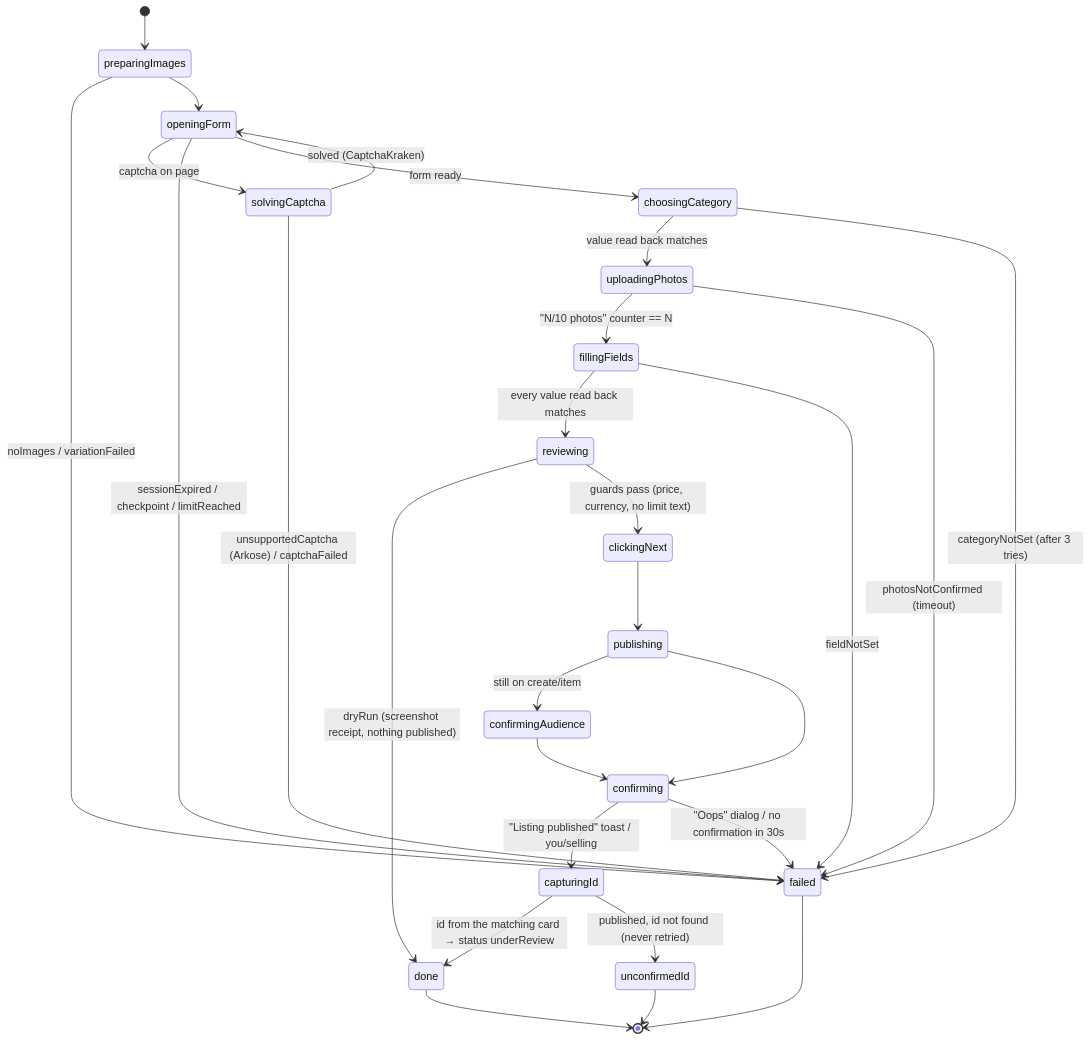
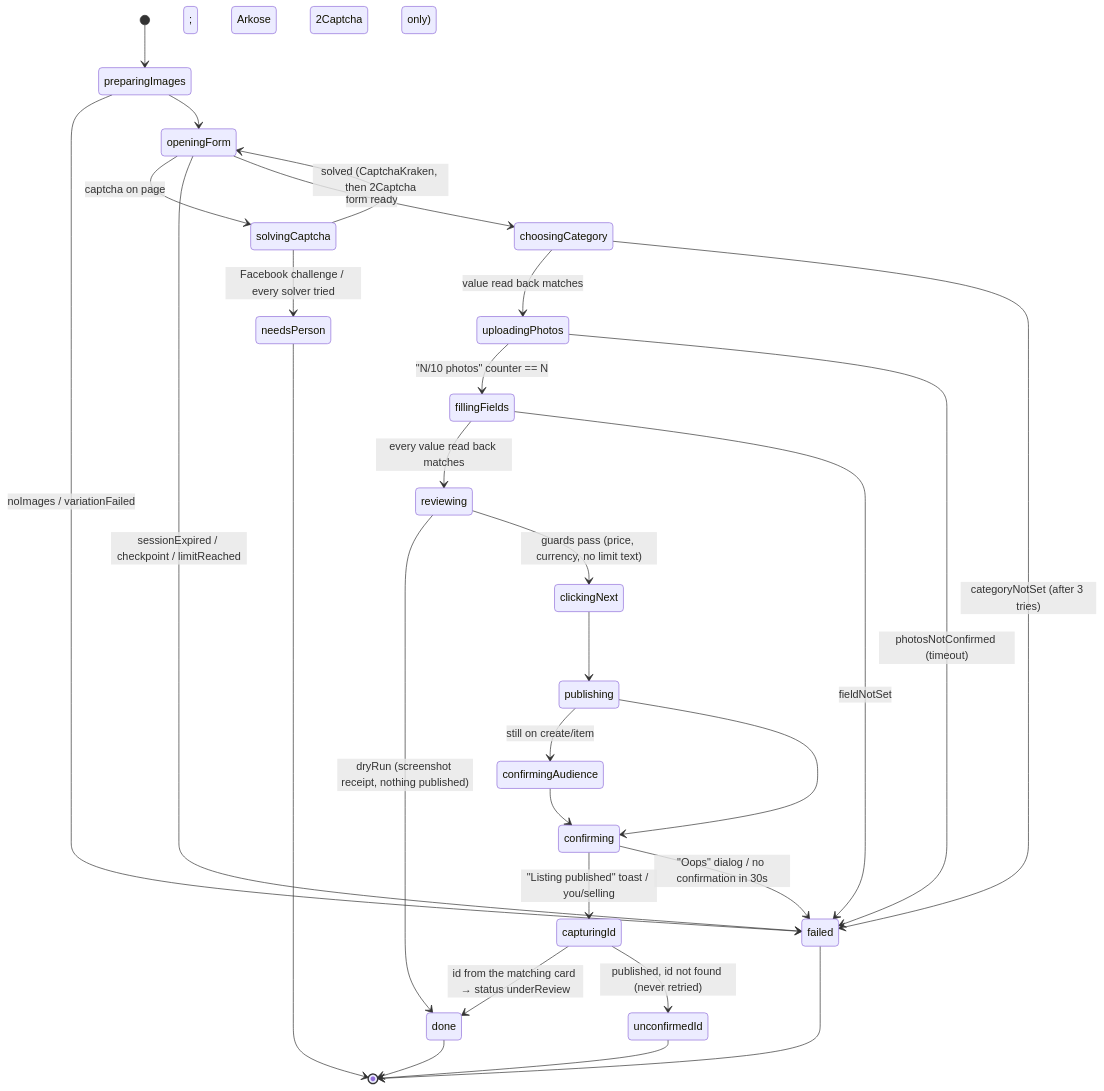
The third of 3 diagrams in docs/listingPublish/stateMachine.md (matthewdonsemail-lab/log), drawn with Mermaid before and after one commit. The commit also changed other lines of this file and 110 other files, not shown here.

````diff
--- a/docs/listingPublish/stateMachine.md
+++ b/docs/listingPublish/stateMachine.md
@@ -105,30 +105,31 @@
 ```mermaid
 stateDiagram-v2
   [*] --> preparingImages
   preparingImages --> failed: noImages / variationFailed
   preparingImages --> openingForm
   openingForm --> solvingCaptcha: captcha on page
   openingForm --> failed: sessionExpired / checkpoint / limitReached
   openingForm --> choosingCategory: form ready
-  solvingCaptcha --> openingForm: solved (CaptchaKraken)
-  solvingCaptcha --> failed: unsupportedCaptcha (Arkose) / captchaFailed
+  solvingCaptcha --> openingForm: solved (CaptchaKraken, then 2Captcha; Arkose 2Captcha only)
+  solvingCaptcha --> needsPerson: Facebook challenge / every solver tried
   choosingCategory --> uploadingPhotos: value read back matches
   choosingCategory --> failed: categoryNotSet (after 3 tries)
   uploadingPhotos --> fillingFields: "N/10 photos" counter == N
   uploadingPhotos --> failed: photosNotConfirmed (timeout)
   fillingFields --> reviewing: every value read back matches
   fillingFields --> failed: fieldNotSet
   reviewing --> done: dryRun (screenshot receipt, nothing published)
   reviewing --> clickingNext: guards pass (price, currency, no limit text)
   clickingNext --> publishing
   publishing --> confirmingAudience: still on create/item
   confirmingAudience --> confirming
   publishing --> confirming
   confirming --> capturingId: "Listing published" toast / you/selling
   confirming --> failed: "Oops" dialog / no confirmation in 30s
   capturingId --> done: id from the matching card → status underReview
   capturingId --> unconfirmedId: published, id not found (never retried)
   done --> [*]
   unconfirmedId --> [*]
+  needsPerson --> [*]
   failed --> [*]
 ```
````
